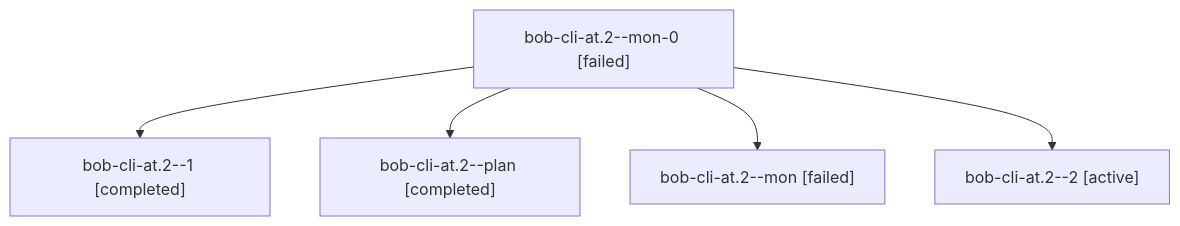
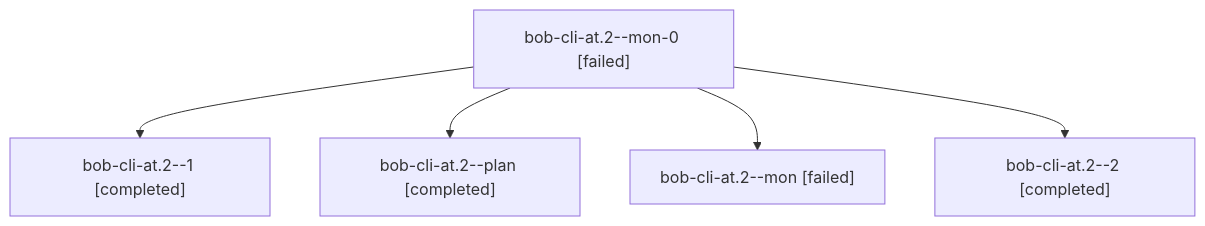
One commit to bobs-org/bob-cli--agents changed the diagram in sessions/bbugyi200.athena.bob-cli-at.2.md. Above: the diagram before and after it, drawn with Mermaid. The commit also changed other lines of this file and 86 other files, not shown here.

````diff
--- a/sessions/bbugyi200.athena.bob-cli-at.2.md
+++ b/sessions/bbugyi200.athena.bob-cli-at.2.md
@@ -9,12 +9,12 @@
 ```mermaid
 flowchart TD
   n0["bob-cli-at.2--mon-0 [failed]"]
   n1["bob-cli-at.2--1 [completed]"]
   n0 --> n1
   n2["bob-cli-at.2--plan [completed]"]
   n0 --> n2
   n3["bob-cli-at.2--mon [failed]"]
   n0 --> n3
-  n4["bob-cli-at.2--2 [active]"]
+  n4["bob-cli-at.2--2 [completed]"]
   n0 --> n4
 ```
````
